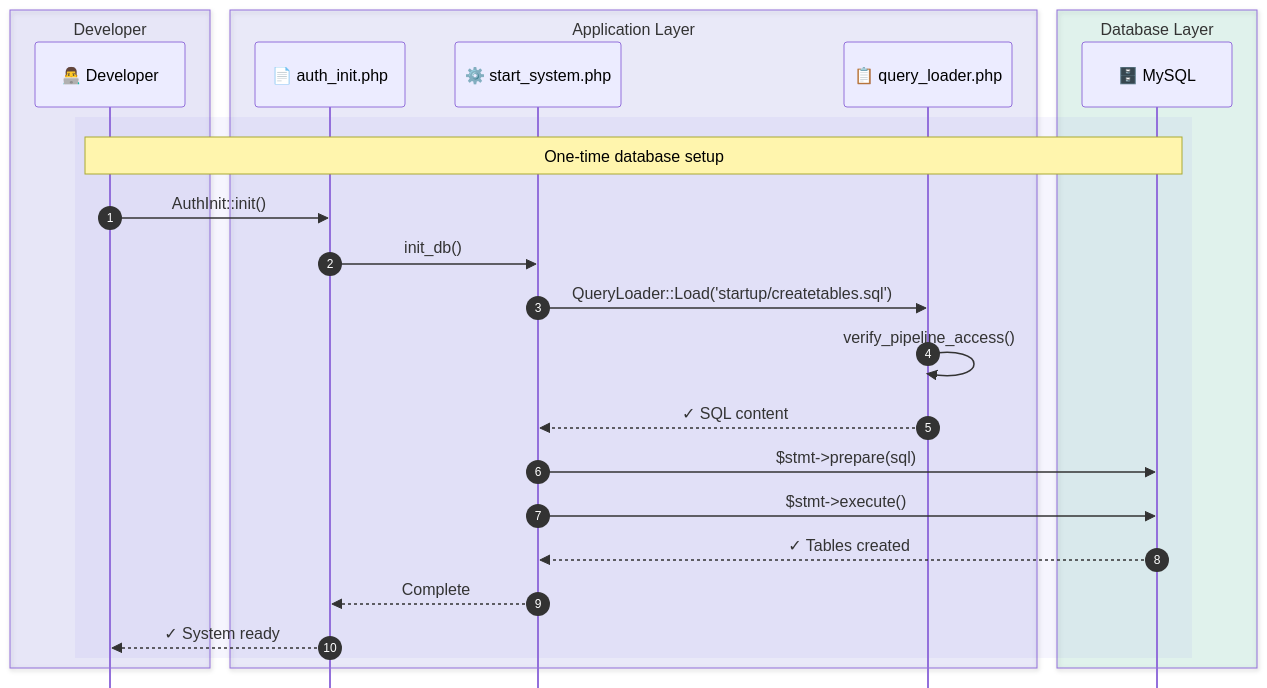
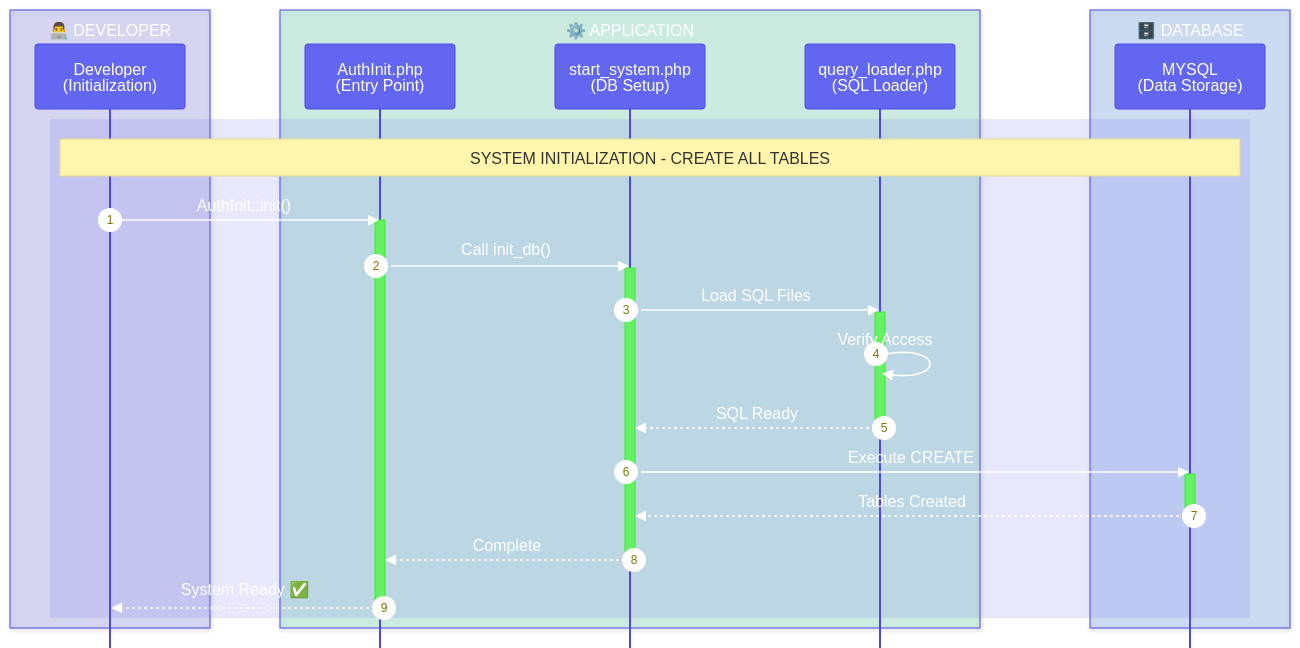
Before and after one commit to Vercodea/auth-core: the first of 8 diagrams in README.md, drawn with Mermaid. The commit also changed other lines of this file, not shown here.

Commit message:
Initial commit: Vercodea Auth Core v1.0.0

````diff
--- a/README.md
+++ b/README.md
@@ -541,30 +541,37 @@
 ```mermaid
-%%{init: {'theme': 'default', 'themeVariables': { 'primaryColor': '#4f46e5', 'primaryTextColor': '#ffffff', 'primaryBorderColor': '#312e81', 'lineColor': '#4f46e5', 'fontSize': '16px', 'fontFamily': 'arial'}, 'sequence': {'mirrorActors': false}}}%%
+%%{init: {'theme': 'base', 'themeVariables': {'fontSize': '32px', 'fontFamily': 'arial', 'primaryColor': '#6366f1', 'primaryTextColor': '#ffffff', 'primaryBorderColor': '#4f46e5', 'lineColor': '#818cf8', 'tertiaryColor': '#e0e7ff', 'tertiaryBorderColor': '#818cf8', 'tertiaryTextColor': '#1e1b4b'}, 'sequence': {'mirrorActors': false, 'actorMargin': 100, 'actorFontSize': '32px', 'messageFontSize': '32px'}}}%%
 sequenceDiagram
     autonumber
-    box rgb(79, 70, 229, 0.1) Developer
-        participant Dev as 👨‍💻 Developer
+    box rgb(99, 102, 241, 0.2) 👨‍💻 DEVELOPER
+        participant Dev as Developer<br/>(Initialization)
     end
-    box rgb(99, 102, 241, 0.1) Application Layer
-        participant Auth as 📄 auth_init.php
-        participant Start as ⚙️ start_system.php
-        participant Query as 📋 query_loader.php
+    box rgb(52, 211, 153, 0.2) ⚙️ APPLICATION
+        participant Auth as AuthInit.php<br/>(Entry Point)
+        participant Start as start_system.php<br/>(DB Setup)
+        participant Query as query_loader.php<br/>(SQL Loader)
     end
-    box rgb(16, 185, 129, 0.1) Database Layer
-        participant MySQL as 🗄️ MySQL
+    box rgb(59, 130, 246, 0.2) 🗄️ DATABASE
+        participant MySQL as MYSQL<br/>(Data Storage)
     end
     
-    rect rgb(79, 70, 229, 0.05)
-        Note over Dev,MySQL: One-time database setup
+    rect rgb(99, 102, 241, 0.15)
+        Note over Dev,MySQL: SYSTEM INITIALIZATION - CREATE ALL TABLES
         Dev->>Auth: AuthInit::init()
-        Auth->>Start: init_db()
-        Start->>Query: QueryLoader::Load('startup/createtables.sql')
-        Query->>Query: verify_pipeline_access()
-        Query-->>Start: ✓ SQL content
-        Start->>MySQL: $stmt->prepare(sql)
-        Start->>MySQL: $stmt->execute()
-        MySQL-->>Start: ✓ Tables created
+        activate Auth
+        Auth->>Start: Call init_db()
+        activate Start
+        Start->>Query: Load SQL Files
+        activate Query
+        Query->>Query: Verify Access
+        Query-->>Start: SQL Ready
+        deactivate Query
+        Start->>MySQL: Execute CREATE
+        activate MySQL
+        MySQL-->>Start: Tables Created
+        deactivate MySQL
         Start-->>Auth: Complete
-        Auth-->>Dev: ✓ System ready
+        deactivate Start
+        Auth-->>Dev: System Ready ✅
+        deactivate Auth
     end
 ```
````
